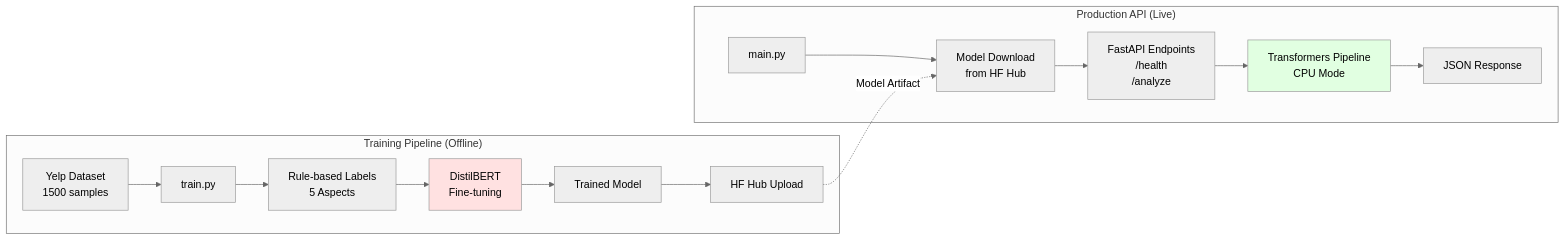
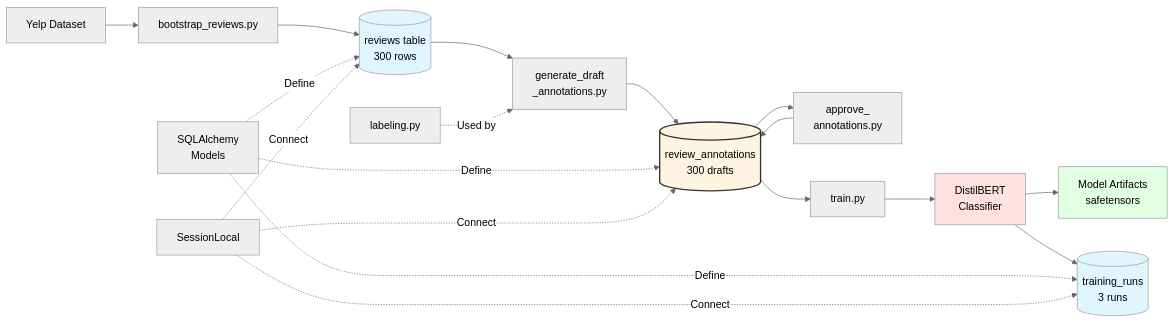
One commit to Yathi-Solution/resturant_inspect_ai_server changed the fourth of 6 diagrams in docs/mermaid-syntax.md. Above: the diagram before and after it, drawn with Mermaid (neutral theme). The commit also changed other lines of this file and 30 other files, not shown here.

Commit message:
Complete annotation workflow system with database architecture and updated documentation

````diff
--- a/docs/mermaid-syntax.md
+++ b/docs/mermaid-syntax.md
@@ -73,22 +165,30 @@
 ```mermaid
 graph LR
-    subgraph "Training Pipeline (Offline)"
-        T1[Yelp Dataset<br/>1500 samples] --> T2[train.py]
-        T2 --> T3[Rule-based Labels<br/>5 Aspects]
-        T3 --> T4[DistilBERT<br/>Fine-tuning]
-        T4 --> T5[Trained Model]
-        T5 --> T6[HF Hub Upload]
-    end
+    DS[Yelp Dataset] --> S1[bootstrap_reviews.py]
+    S1 --> T1[(reviews table<br/>300 rows)]
     
-    subgraph "Production API (Live)"
-        P1[main.py] --> P2[Model Download<br/>from HF Hub]
-        P2 --> P3[FastAPI Endpoints<br/>/health<br/>/analyze]
-        P3 --> P4[Transformers Pipeline<br/>CPU Mode]
-        P4 --> P5[JSON Response]
-    end
+    T1 --> S2[generate_draft<br/>_annotations.py]
+    S2 --> T2[(review_annotations<br/>300 drafts)]
     
-    T6 -.->|Model Artifact| P2
+    T2 --> S3[approve_<br/>annotations.py]
+    S3 --> T2
     
-    style T4 fill:#ffe1e1
-    style P4 fill:#e1ffe1
+    T2 --> S4[train.py]
+    S4 --> BERT[DistilBERT<br/>Classifier]
+    BERT --> MODEL[Model Artifacts<br/>safetensors]
+    BERT --> T3[(training_runs<br/>3 runs)]
+    
+    LAB[labeling.py] -.->|Used by| S2
+    ORM[SQLAlchemy<br/>Models] -.->|Define| T1
+    ORM -.->|Define| T2
+    ORM -.->|Define| T3
+    SESS[SessionLocal] -.->|Connect| T1
+    SESS -.->|Connect| T2
+    SESS -.->|Connect| T3
+    
+    style T1 fill:#e1f5ff
+    style T2 fill:#fff4e1,stroke:#333,stroke-width:2px
+    style T3 fill:#e1f5ff
+    style BERT fill:#ffe1e1
+    style MODEL fill:#e1ffe1
 ```
````
